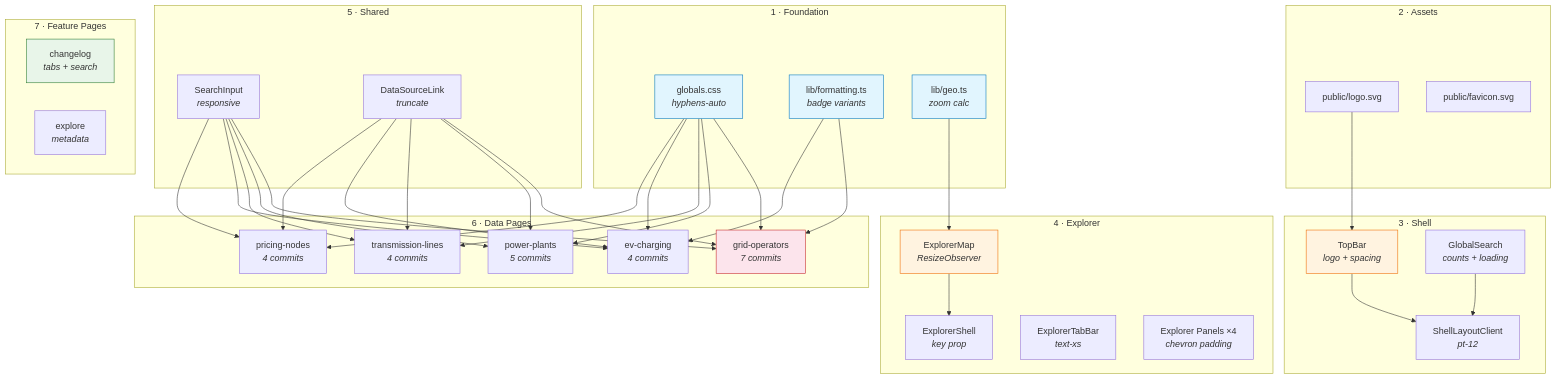
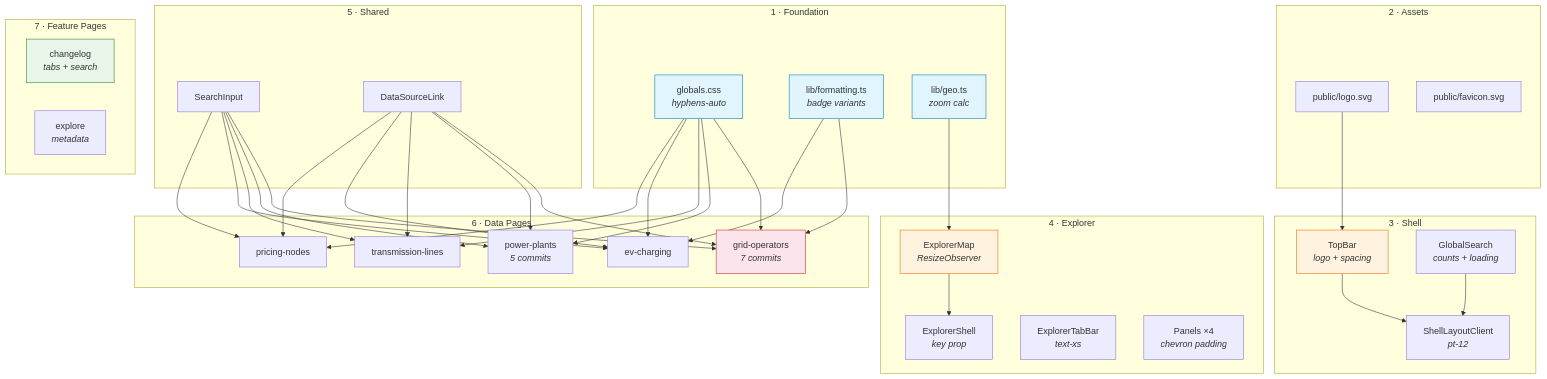
Before and after one commit to TextureHQ/commongrid: the first of 3 diagrams in PR_DESCRIPTION.md, drawn with Mermaid. The commit also changed other lines of this file and 1 other file, not shown here.

````diff
--- a/PR_DESCRIPTION.md
+++ b/PR_DESCRIPTION.md
@@ -82,62 +131,62 @@
 ```mermaid
 graph TD
     subgraph "1 · Foundation"
         CSS[globals.css<br/><i>hyphens-auto</i>]
         FMT[lib/formatting.ts<br/><i>badge variants</i>]
         GEO[lib/geo.ts<br/><i>zoom calc</i>]
     end
 
     subgraph "2 · Assets"
         LOGO[public/logo.svg]
         FAV[public/favicon.svg]
     end
 
     subgraph "3 · Shell"
         TB[TopBar<br/><i>logo + spacing</i>]
         SLC[ShellLayoutClient<br/><i>pt-12</i>]
         GS[GlobalSearch<br/><i>counts + loading</i>]
     end
 
     subgraph "4 · Explorer"
         EM[ExplorerMap<br/><i>ResizeObserver</i>]
         ES[ExplorerShell<br/><i>key prop</i>]
         ETB[ExplorerTabBar<br/><i>text-xs</i>]
-        PANELS[Explorer Panels ×4<br/><i>chevron padding</i>]
+        PANELS[Panels ×4<br/><i>chevron padding</i>]
     end
 
     subgraph "5 · Shared"
-        SI[SearchInput<br/><i>responsive</i>]
-        DSL[DataSourceLink<br/><i>truncate</i>]
+        SI[SearchInput]
+        DSL[DataSourceLink]
     end
 
     subgraph "6 · Data Pages"
         GO[grid-operators<br/><i>7 commits</i>]
         PP[power-plants<br/><i>5 commits</i>]
-        TL[transmission-lines<br/><i>4 commits</i>]
-        EV[ev-charging<br/><i>4 commits</i>]
-        PN[pricing-nodes<br/><i>4 commits</i>]
+        TL[transmission-lines]
+        EV[ev-charging]
+        PN[pricing-nodes]
     end
 
     subgraph "7 · Feature Pages"
         CL[changelog<br/><i>tabs + search</i>]
         EX[explore<br/><i>metadata</i>]
     end
 
     CSS --> GO & PP & TL & EV & PN
     FMT --> GO & EV
     GEO --> EM
     LOGO --> TB
     TB --> SLC
     GS --> SLC
     EM --> ES
     SI --> GO & PP & TL & EV & PN
     DSL --> GO & PP & TL & EV & PN
 
     style CSS fill:#e1f5fe,stroke:#0277bd
     style FMT fill:#e1f5fe,stroke:#0277bd
     style GEO fill:#e1f5fe,stroke:#0277bd
     style TB fill:#fff3e0,stroke:#ef6c00
     style EM fill:#fff3e0,stroke:#ef6c00
     style GO fill:#fce4ec,stroke:#c62828
     style CL fill:#e8f5e9,stroke:#2e7d32
 ```
````
